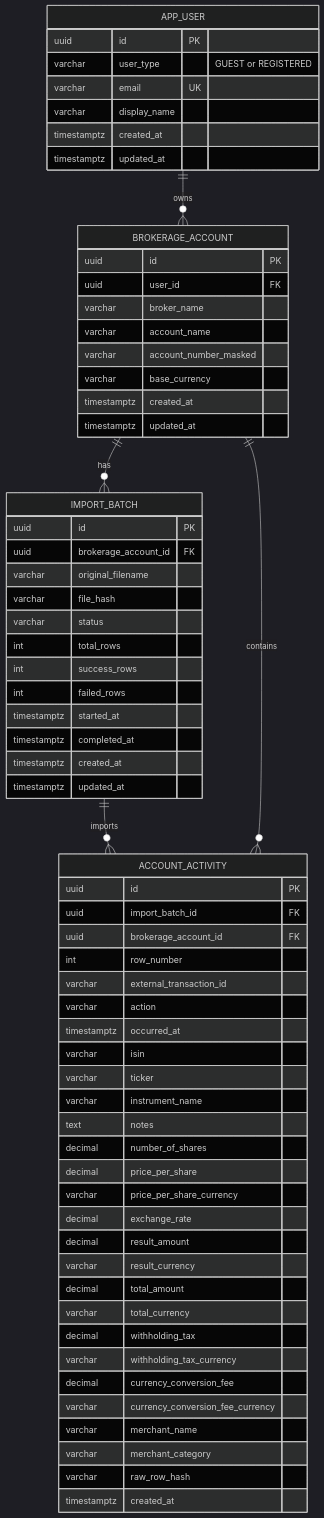
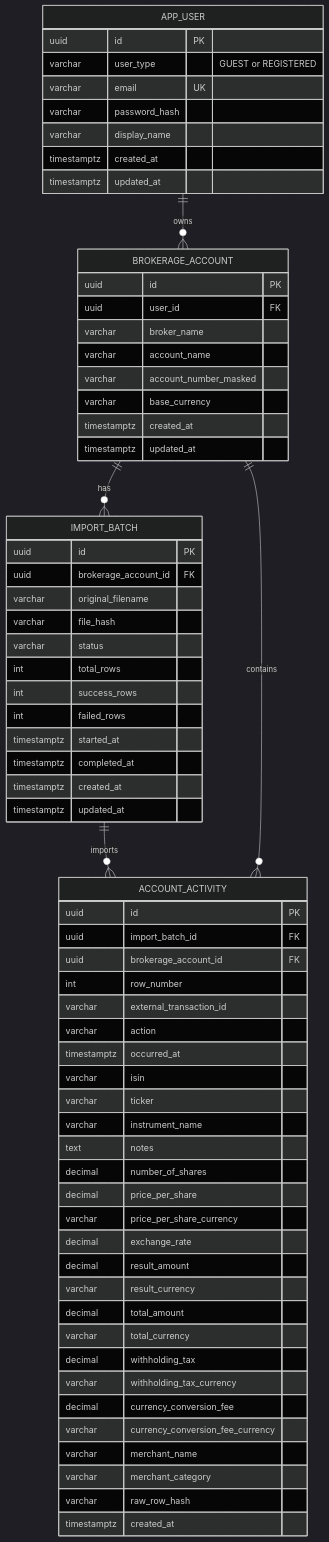
The diagram in src/main/java/com/likehang/alphaforge/model/entity/schema.md (KehangLi/AlphaForge), drawn with Mermaid (dark theme) before and after one commit.

Commit message:
update schema

````diff
--- a/src/main/java/com/likehang/alphaforge/model/entity/schema.md
+++ b/src/main/java/com/likehang/alphaforge/model/entity/schema.md
@@ -1,72 +1,73 @@
 ```mermaid
 erDiagram
     APP_USER ||--o{ BROKERAGE_ACCOUNT : owns
     BROKERAGE_ACCOUNT ||--o{ IMPORT_BATCH : has
     IMPORT_BATCH ||--o{ ACCOUNT_ACTIVITY : imports
     BROKERAGE_ACCOUNT ||--o{ ACCOUNT_ACTIVITY : contains
 
     APP_USER {
         uuid id PK
         varchar user_type "GUEST or REGISTERED"
         varchar email UK
+        varchar password_hash
         varchar display_name
         timestamptz created_at
         timestamptz updated_at
     }
 
     BROKERAGE_ACCOUNT {
         uuid id PK
         uuid user_id FK
         varchar broker_name
         varchar account_name
         varchar account_number_masked
         varchar base_currency
         timestamptz created_at
         timestamptz updated_at
     }
 
     IMPORT_BATCH {
         uuid id PK
         uuid brokerage_account_id FK
         varchar original_filename
         varchar file_hash
         varchar status
         int total_rows
         int success_rows
         int failed_rows
         timestamptz started_at
         timestamptz completed_at
         timestamptz created_at
         timestamptz updated_at
     }
 
     ACCOUNT_ACTIVITY {
         uuid id PK
         uuid import_batch_id FK
         uuid brokerage_account_id FK
         int row_number
         varchar external_transaction_id
         varchar action
         timestamptz occurred_at
         varchar isin
         varchar ticker
         varchar instrument_name
         text notes
         decimal number_of_shares
         decimal price_per_share
         varchar price_per_share_currency
         decimal exchange_rate
         decimal result_amount
         varchar result_currency
         decimal total_amount
         varchar total_currency
         decimal withholding_tax
         varchar withholding_tax_currency
         decimal currency_conversion_fee
         varchar currency_conversion_fee_currency
         varchar merchant_name
         varchar merchant_category
         varchar raw_row_hash
         timestamptz created_at
     }
 ```
````
